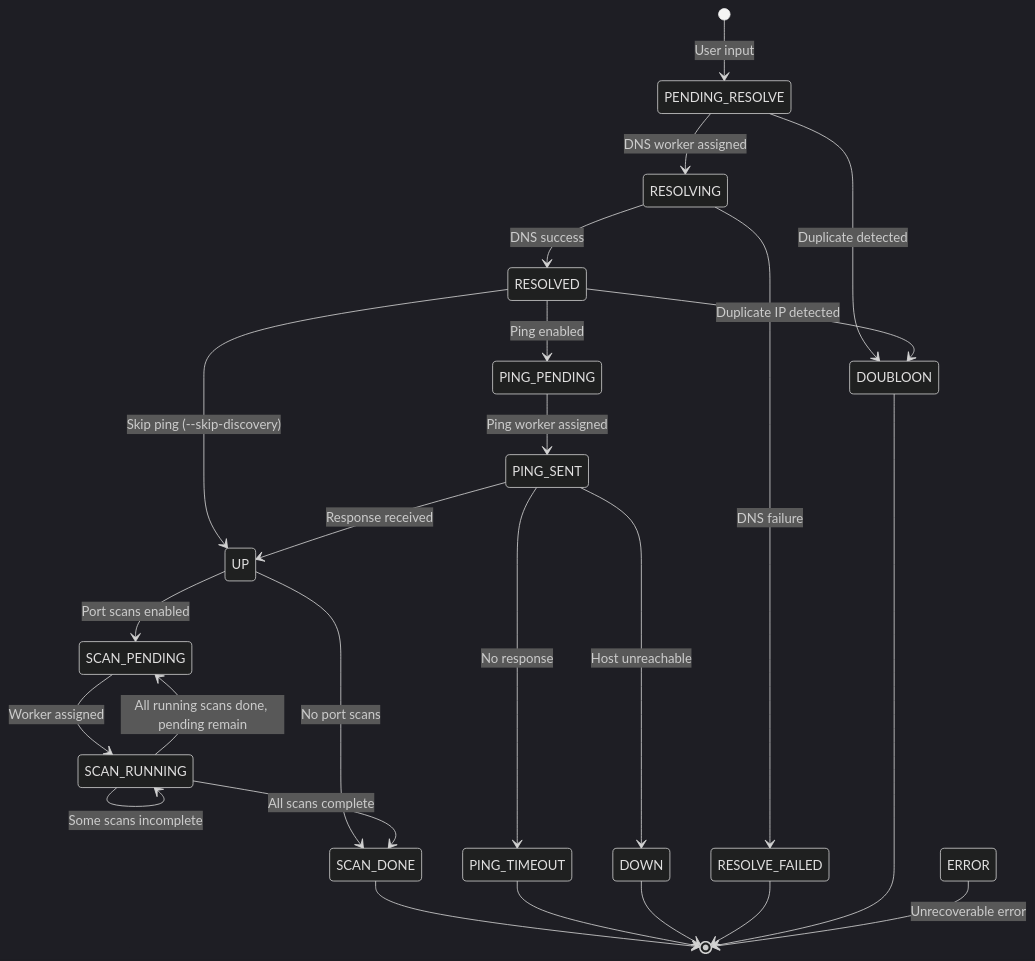
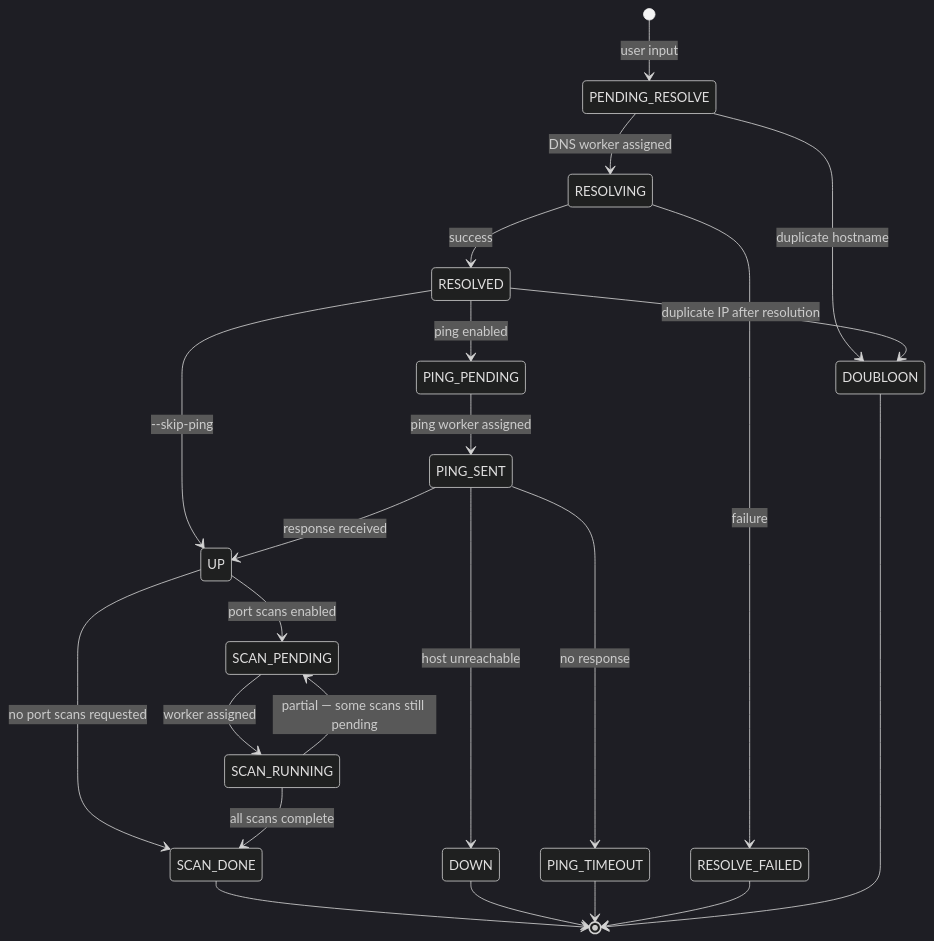
One commit to Anvently/nmap changed the first of 6 diagrams in nmap_architecture.md. Above: the diagram before and after it, drawn with Mermaid (dark theme). The commit also changed other lines of this file and 3 other files, not shown here.

Commit message:
added readme and updated architecture

````diff
--- a/nmap_architecture.md
+++ b/nmap_architecture.md
@@ -399,34 +48,32 @@
 ```mermaid
 stateDiagram-v2
-    [*] --> PENDING_RESOLVE: User input
-    
-    PENDING_RESOLVE --> RESOLVING: DNS worker assigned
-    PENDING_RESOLVE --> DOUBLOON: Duplicate detected
-    
-    RESOLVING --> RESOLVED: DNS success
-    RESOLVING --> RESOLVE_FAILED: DNS failure
-    
-    RESOLVED --> PING_PENDING: Ping enabled
-    RESOLVED --> UP: Skip ping (--skip-discovery)
-    RESOLVED --> DOUBLOON: Duplicate IP detected
-    
-    PING_PENDING --> PING_SENT: Ping worker assigned
-    PING_SENT --> UP: Response received
-    PING_SENT --> PING_TIMEOUT: No response
-    PING_SENT --> DOWN: Host unreachable
-    
-    UP --> SCAN_PENDING: Port scans enabled
-    UP --> SCAN_DONE: No port scans
-    
-    SCAN_PENDING --> SCAN_RUNNING: Worker assigned
-    SCAN_RUNNING --> SCAN_RUNNING: Some scans incomplete
-    SCAN_RUNNING --> SCAN_PENDING: All running scans done, pending remain
-    SCAN_RUNNING --> SCAN_DONE: All scans complete
-    
-    SCAN_DONE --> [*]
-    PING_TIMEOUT --> [*]
-    DOWN --> [*]
-    RESOLVE_FAILED --> [*]
-    DOUBLOON --> [*]
-    ERROR --> [*]: Unrecoverable error
+    [*] --> PENDING_RESOLVE : user input
+
+    PENDING_RESOLVE --> RESOLVING      : DNS worker assigned
+    PENDING_RESOLVE --> DOUBLOON       : duplicate hostname
+
+    RESOLVING --> RESOLVED             : success
+    RESOLVING --> RESOLVE_FAILED       : failure
+
+    RESOLVED --> PING_PENDING          : ping enabled
+    RESOLVED --> UP                    : --skip-ping
+    RESOLVED --> DOUBLOON              : duplicate IP after resolution
+
+    PING_PENDING --> PING_SENT         : ping worker assigned
+    PING_SENT    --> UP                : response received
+    PING_SENT    --> DOWN              : host unreachable
+    PING_SENT    --> PING_TIMEOUT      : no response
+
+    UP --> SCAN_PENDING                : port scans enabled
+    UP --> SCAN_DONE                   : no port scans requested
+
+    SCAN_PENDING --> SCAN_RUNNING      : worker assigned
+    SCAN_RUNNING --> SCAN_PENDING      : partial — some scans still pending
+    SCAN_RUNNING --> SCAN_DONE         : all scans complete
+
+    SCAN_DONE        --> [*]
+    DOWN             --> [*]
+    PING_TIMEOUT     --> [*]
+    RESOLVE_FAILED   --> [*]
+    DOUBLOON         --> [*]
 ```
````
